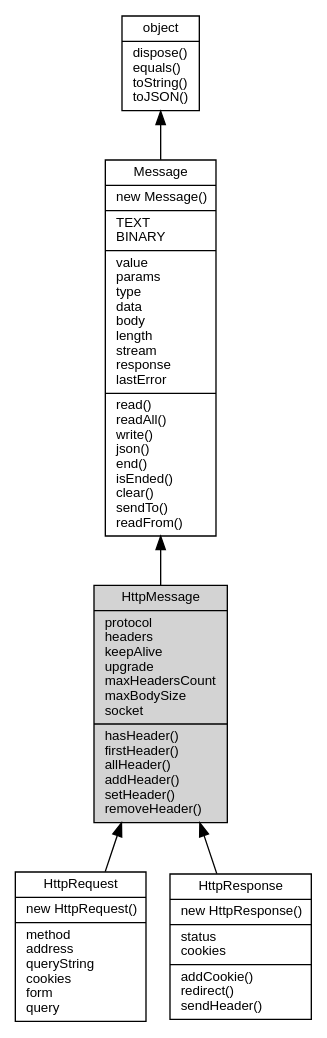
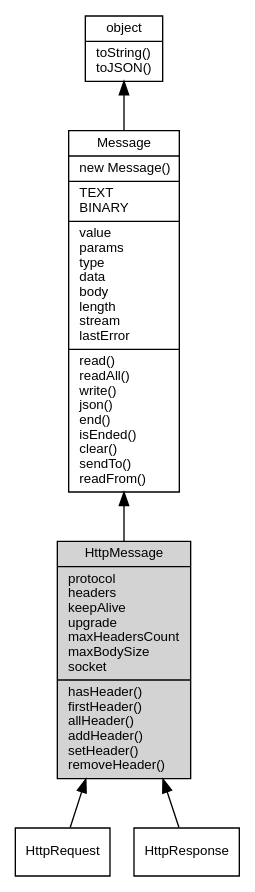
Before and after one commit to asionius/fibjs-ceph: the diagram in docs/object/ifs/HttpMessage.md, drawn with Graphviz. The commit also changed other lines of this file and 138 other files, not shown here.

````diff
--- a/docs/object/ifs/HttpMessage.md
+++ b/docs/object/ifs/HttpMessage.md
@@ -5,16 +5,16 @@
 ```dot
 digraph {
     node [fontname="Helvetica,sans-Serif", fontsize=10, shape="record", style="filled", fillcolor="white"];
 
-    object [tooltip="object", URL="object.md", label="{object|dispose()\lequals()\ltoString()\ltoJSON()\l}"];
-    Message [tooltip="Message", URL="Message.md", label="{Message|new Message()\l|TEXT\lBINARY\l|value\lparams\ltype\ldata\lbody\llength\lstream\lresponse\llastError\l|read()\lreadAll()\lwrite()\ljson()\lend()\lisEnded()\lclear()\lsendTo()\lreadFrom()\l}"];
-    HttpMessage [tooltip="HttpMessage", fillcolor="lightgray", label="{HttpMessage|protocol\lheaders\lkeepAlive\lupgrade\lmaxHeadersCount\lmaxBodySize\lsocket\l|hasHeader()\lfirstHeader()\lallHeader()\laddHeader()\lsetHeader()\lremoveHeader()\l}"];
-    HttpRequest [tooltip="HttpRequest", URL="HttpRequest.md", label="{HttpRequest|new HttpRequest()\l|method\laddress\lqueryString\lcookies\lform\lquery\l}"];
-    HttpResponse [tooltip="HttpResponse", URL="HttpResponse.md", label="{HttpResponse|new HttpResponse()\l|status\lcookies\l|addCookie()\lredirect()\lsendHeader()\l}"];
+    object [tooltip="object", URL="object.md", label="{object|toString()\ltoJSON()\l}"];
+    Message [tooltip="Message", URL="Message.md", label="{Message|new Message()\l|TEXT\lBINARY\l|value\lparams\ltype\ldata\lbody\llength\lstream\llastError\l|read()\lreadAll()\lwrite()\ljson()\lend()\lisEnded()\lclear()\lsendTo()\lreadFrom()\l}"];
+    HttpMessage [tooltip="HttpMessage", fillcolor="lightgray", id="me", label="{HttpMessage|protocol\lheaders\lkeepAlive\lupgrade\lmaxHeadersCount\lmaxBodySize\lsocket\l|hasHeader()\lfirstHeader()\lallHeader()\laddHeader()\lsetHeader()\lremoveHeader()\l}"];
+    HttpRequest [tooltip="HttpRequest", URL="HttpRequest.md", label="{HttpRequest}"];
+    HttpResponse [tooltip="HttpResponse", URL="HttpResponse.md", label="{HttpResponse}"];
 
     object -> Message [dir=back];
     Message -> HttpMessage [dir=back];
     HttpMessage -> HttpRequest [dir=back];
     HttpMessage -> HttpResponse [dir=back];
 }
 ```
````
